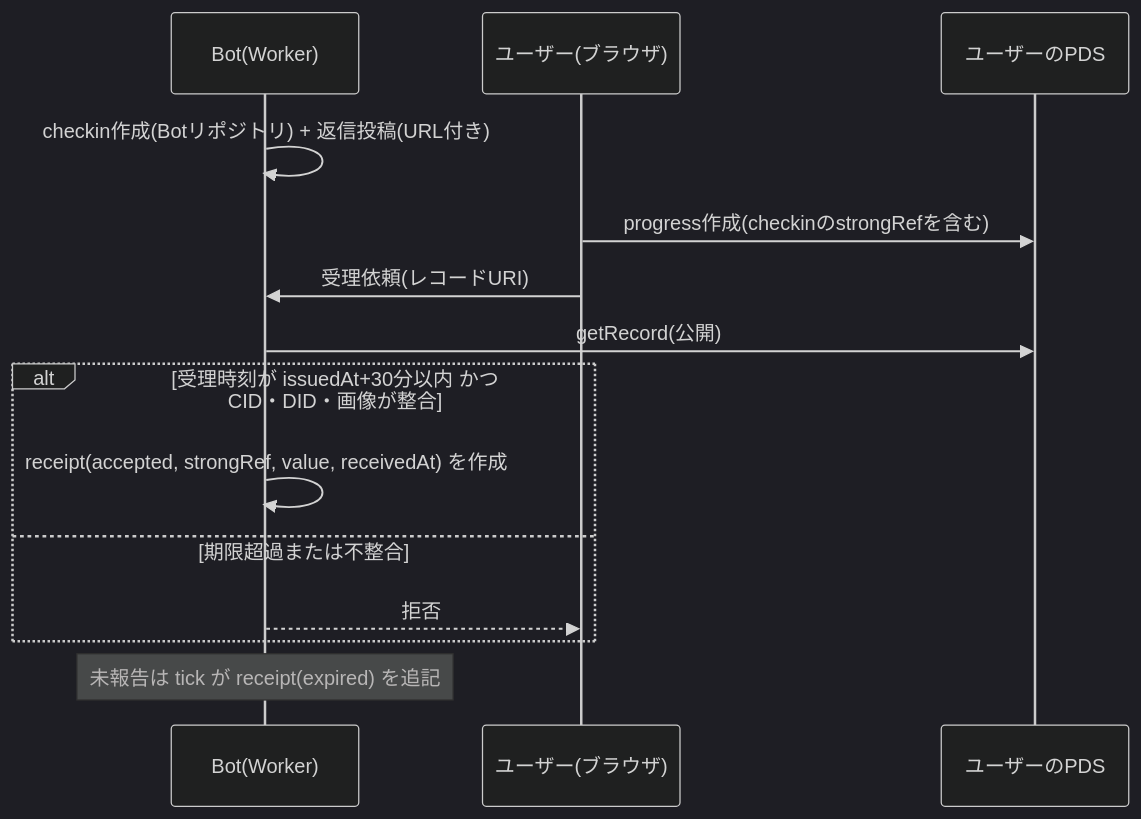
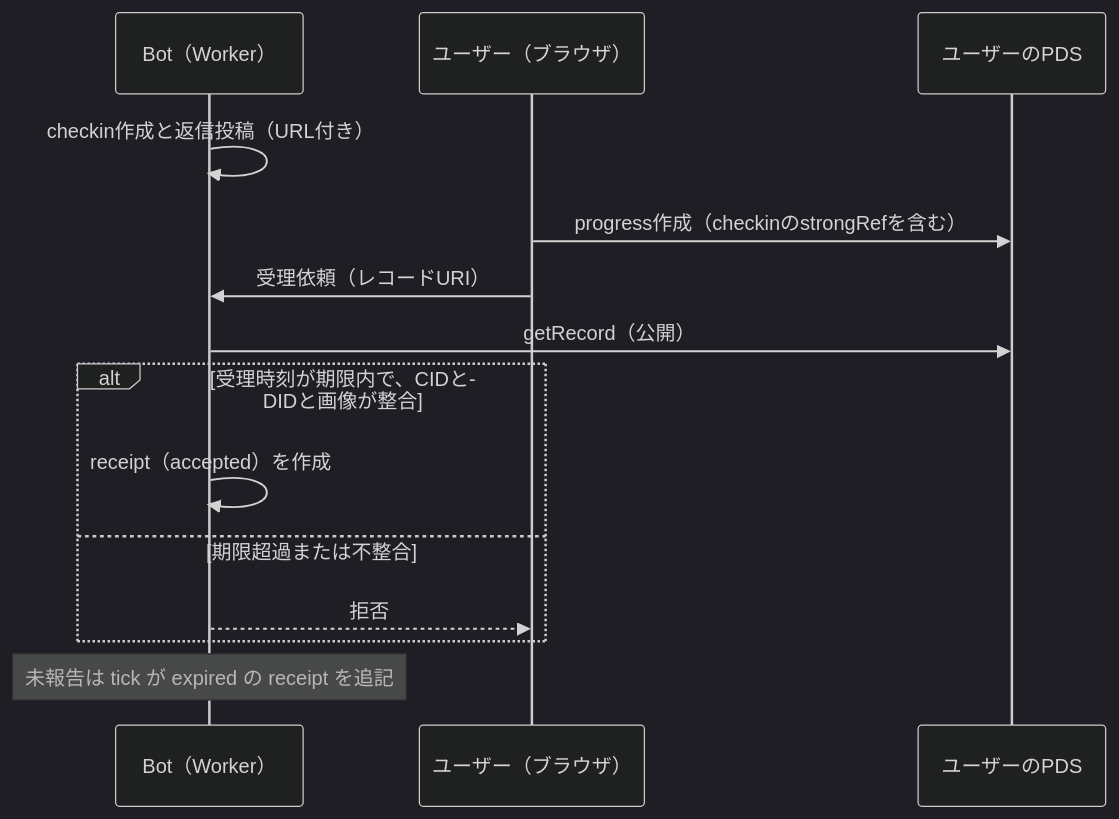
One commit to nllacc/shinchoku-chan changed the second of 2 diagrams in docs/architecture.md. Above: the diagram before and after it, drawn with Mermaid (dark theme). The commit also changed other lines of this file, not shown here.

Commit message:
architecture.mdのmermaidの構文エラーを修正

````diff
--- a/docs/architecture.md
+++ b/docs/architecture.md
@@ -26,16 +26,16 @@
 ```mermaid
 sequenceDiagram
-  participant B as Bot(Worker)
-  participant U as ユーザー(ブラウザ)
+  participant B as Bot（Worker）
+  participant U as ユーザー（ブラウザ）
   participant P as ユーザーのPDS
-  B->>B: checkin作成(Botリポジトリ) + 返信投稿(URL付き)
-  U->>P: progress作成(checkinのstrongRefを含む)
-  U->>B: 受理依頼(レコードURI)
-  B->>P: getRecord(公開)
-  alt 受理時刻が issuedAt+30分以内 かつ CID・DID・画像が整合
-    B->>B: receipt(accepted, strongRef, value, receivedAt) を作成
+  B->>B: checkin作成と返信投稿（URL付き）
+  U->>P: progress作成（checkinのstrongRefを含む）
+  U->>B: 受理依頼（レコードURI）
+  B->>P: getRecord（公開）
+  alt 受理時刻が期限内で、CIDとDIDと画像が整合
+    B->>B: receipt（accepted）を作成
   else 期限超過または不整合
     B-->>U: 拒否
   end
-  Note over B: 未報告は tick が receipt(expired) を追記
+  Note over B: 未報告は tick が expired の receipt を追記
 ```
````
